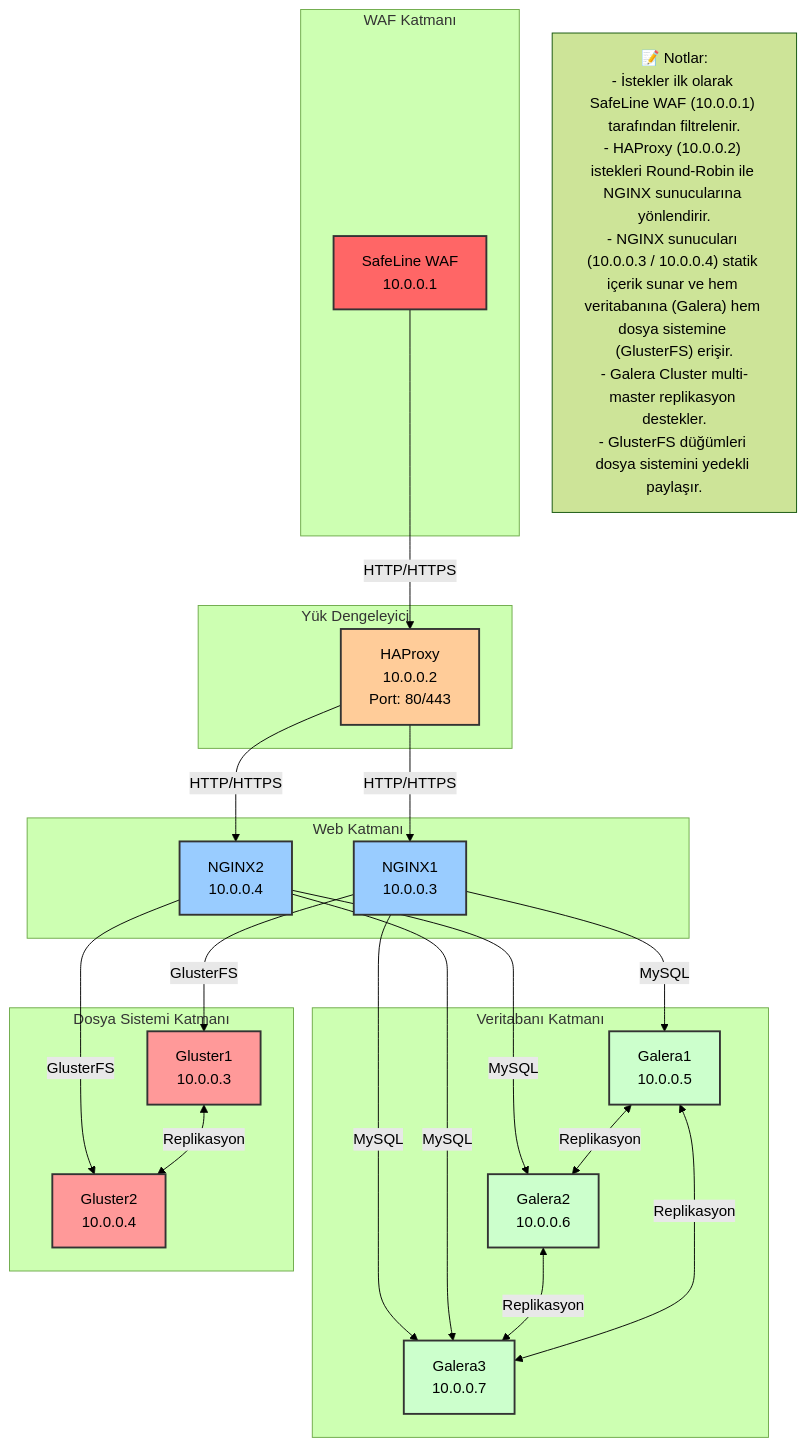
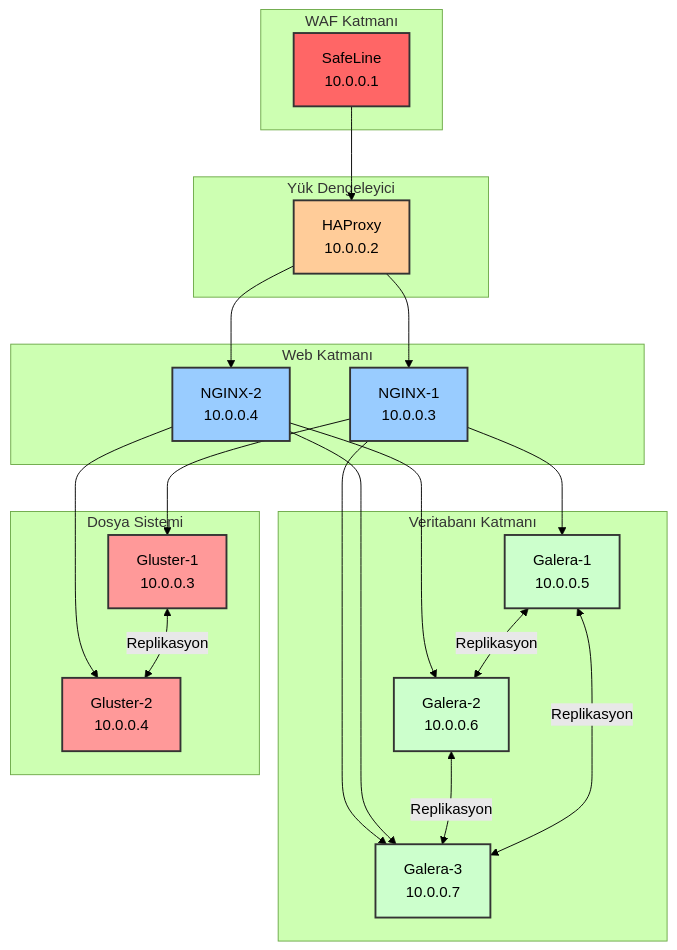
Before and after one commit to ugurcomptech/HA-Web-Architecture: the diagram in README.md, drawn with Mermaid (forest theme).

````diff
--- a/README.md
+++ b/README.md
@@ -20,68 +20,60 @@
 ```mermaid
 graph TD
 
 %% Stil Tanımları
 classDef waf fill:#ff6666,stroke:#333,stroke-width:2px;
 classDef haproxy fill:#ffcc99,stroke:#333,stroke-width:2px;
 classDef nginx fill:#99ccff,stroke:#333,stroke-width:2px;
 classDef galera fill:#ccffcc,stroke:#333,stroke-width:2px;
 classDef gluster fill:#ff9999,stroke:#333,stroke-width:2px;
 
 %% WAF Katmanı
-subgraph WAF_Katmanı["WAF Katmanı"]
-    WAF["SafeLine WAF\n10.0.0.1"]:::waf
+subgraph WAF["WAF Katmanı"]
+    WAF1["SafeLine\n10.0.0.1"]:::waf
 end
 
-%% HAProxy Load Balancer Katmanı
-subgraph Yük_Dengeleyici_Katmanı["Yük Dengeleyici"]
-    HAProxy["HAProxy\n10.0.0.2\nPort: 80/443"]:::haproxy
+%% HAProxy Katmanı
+subgraph LB["Yük Dengeleyici"]
+    HAProxy["HAProxy\n10.0.0.2"]:::haproxy
 end
 
 %% Web Katmanı
-subgraph Web_Katmanı["Web Katmanı"]
-    NGINX1["NGINX1\n10.0.0.3"]:::nginx
-    NGINX2["NGINX2\n10.0.0.4"]:::nginx
+subgraph Web["Web Katmanı"]
+    NGINX1["NGINX-1\n10.0.0.3"]:::nginx
+    NGINX2["NGINX-2\n10.0.0.4"]:::nginx
 end
 
-%% Veritabanı Katmanı
-subgraph Veritabanı_Katmanı["Veritabanı Katmanı"]
-    Galera1["Galera1\n10.0.0.5"]:::galera
-    Galera2["Galera2\n10.0.0.6"]:::galera
-    Galera3["Galera3\n10.0.0.7"]:::galera
+%% DB Katmanı
+subgraph DB["Veritabanı Katmanı"]
+    Galera1["Galera-1\n10.0.0.5"]:::galera
+    Galera2["Galera-2\n10.0.0.6"]:::galera
+    Galera3["Galera-3\n10.0.0.7"]:::galera
 end
 
-%% Dosya Sistemi Katmanı
-subgraph Dosya_Sistemi_Katmanı["Dosya Sistemi Katmanı"]
-    Gluster1["Gluster1\n10.0.0.3"]:::gluster
-    Gluster2["Gluster2\n10.0.0.4"]:::gluster
+%% FS Katmanı
+subgraph FS["Dosya Sistemi"]
+    Gluster1["Gluster-1\n10.0.0.3"]:::gluster
+    Gluster2["Gluster-2\n10.0.0.4"]:::gluster
 end
 
 %% Bağlantılar
-WAF -->|HTTP/HTTPS| HAProxy
-HAProxy -->|HTTP/HTTPS| NGINX1
-HAProxy -->|HTTP/HTTPS| NGINX2
+WAF1 --> HAProxy
+HAProxy --> NGINX1
+HAProxy --> NGINX2
 
-NGINX1 -->|MySQL| Galera1
-NGINX1 -->|MySQL| Galera3
-NGINX2 -->|MySQL| Galera2
-NGINX2 -->|MySQL| Galera3
+NGINX1 --> Galera1
+NGINX1 --> Galera3
+NGINX2 --> Galera2
+NGINX2 --> Galera3
 
-NGINX1 -->|GlusterFS| Gluster1
-NGINX2 -->|GlusterFS| Gluster2
+NGINX1 --> Gluster1
+NGINX2 --> Gluster2
 
 Galera1 <-->|Replikasyon| Galera2
 Galera2 <-->|Replikasyon| Galera3
 Galera3 <-->|Replikasyon| Galera1
 
 Gluster1 <-->|Replikasyon| Gluster2
 
-%% Açıklamalar
-note1["📝 Notlar:
-- İstekler ilk olarak SafeLine WAF (10.0.0.1) tarafından filtrelenir.
-- HAProxy (10.0.0.2) istekleri Round-Robin ile NGINX sunucularına yönlendirir.
-- NGINX sunucuları (10.0.0.3 / 10.0.0.4) statik içerik sunar ve hem veritabanına (Galera) hem dosya sistemine (GlusterFS) erişir.
-- Galera Cluster multi-master replikasyon destekler.
-- GlusterFS düğümleri dosya sistemini yedekli paylaşır."]
-
 
 ```
````
